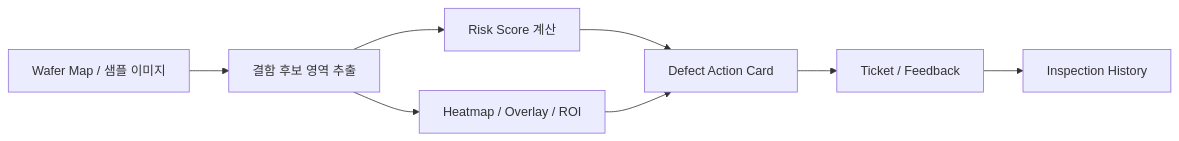
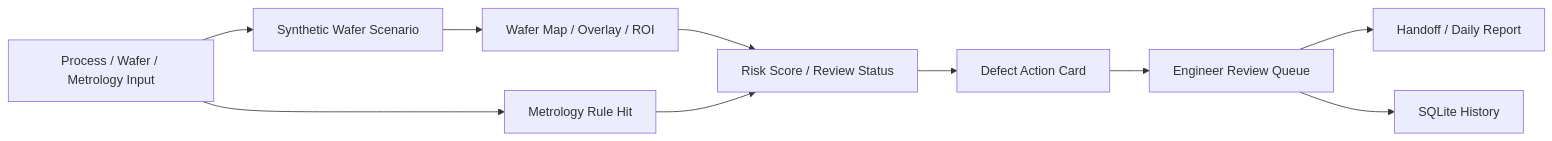
One commit to arnold6444/leaflyze-project-summaries changed the diagram in docs/semivision-defect-copilot.md. Above: the diagram before and after it, drawn with Mermaid. The commit also changed other lines of this file, not shown here.

Commit message:
Update SemiVision summary from WaferGuard

````diff
--- a/docs/semivision-defect-copilot.md
+++ b/docs/semivision-defect-copilot.md
@@ -21,10 +19,12 @@
 ```mermaid
 flowchart LR
-    A[Wafer Map / 샘플 이미지] --> B[결함 후보 영역 추출]
-    B --> C[Risk Score 계산]
-    B --> D[Heatmap / Overlay / ROI]
-    C --> E[Defect Action Card]
+    A[Process / Wafer / Metrology Input] --> B[Synthetic Wafer Scenario]
+    B --> C[Wafer Map / Overlay / ROI]
+    A --> D[Metrology Rule Hit]
+    C --> E[Risk Score / Review Status]
     D --> E
-    E --> F[Ticket / Feedback]
-    F --> G[Inspection History]
+    E --> F[Defect Action Card]
+    F --> G[Engineer Review Queue]
+    G --> H[Handoff / Daily Report]
+    G --> I[SQLite History]
 ```
````
